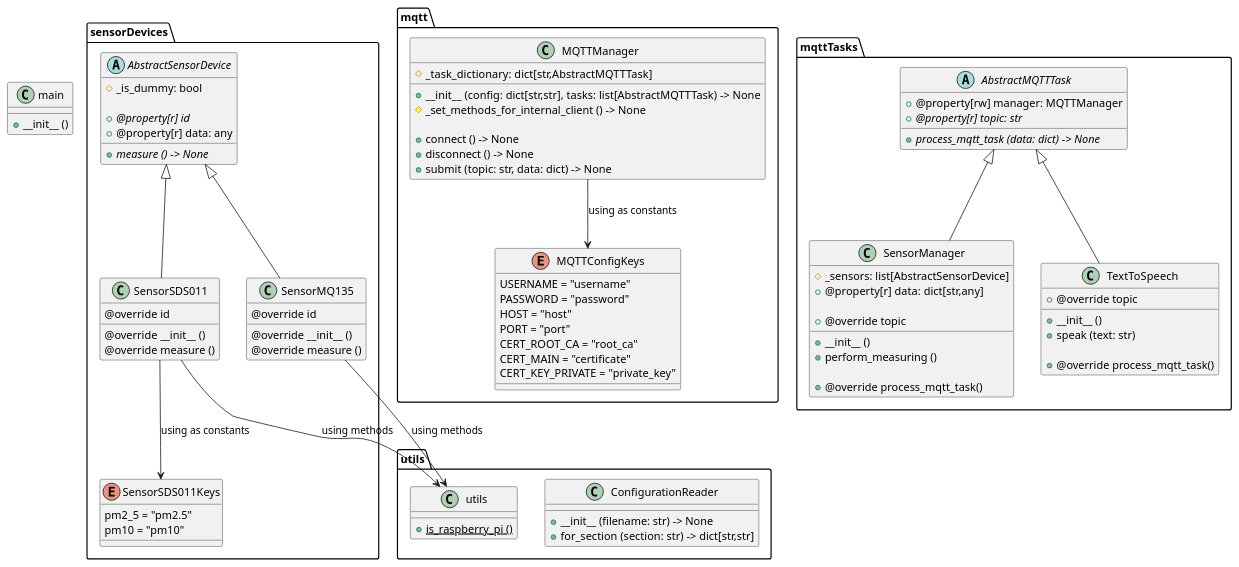
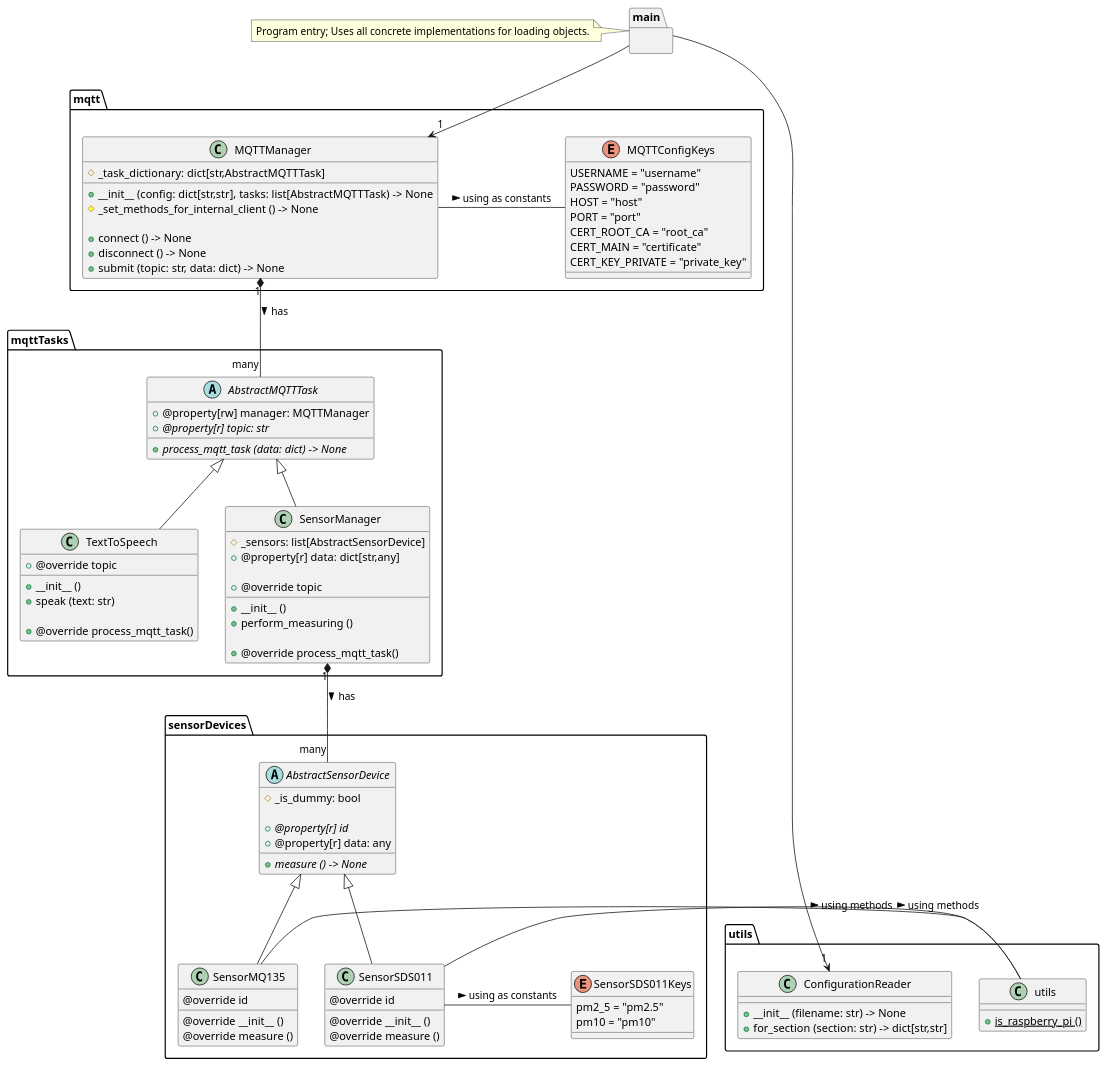
One commit to AirAlert-WR/IoT_controller changed the diagram in classes.puml. Above: the diagram before and after it, drawn with PlantUML. The commit also changed 1 other file, not shown here.

Commit message:
Finalizing UML

```diff
--- a/classes.puml
+++ b/classes.puml
@@ -1,111 +1,116 @@
 @startuml
 'https://plantuml.com/class-diagram
 
 
 package utils {
     class ConfigurationReader {
         + __init__ (filename: str) -> None
         + for_section (section: str) -> dict[str,str]
     }
 
     class utils {
         + {static} is_raspberry_pi ()
     }
 }
 
-package mqtt {
-    class MQTTManager {
-        # _task_dictionary: dict[str,AbstractMQTTTask]
+package sensorDevices {
+    abstract class AbstractSensorDevice {
+        # _is_dummy: bool
 
-        + __init__ (config: dict[str,str], tasks: list[AbstractMQTTTask) -> None
-        # _set_methods_for_internal_client () -> None
+        + @property[r] {abstract} id
+        + @property[r] data: any
 
-        + connect () -> None
-        + disconnect () -> None
-        + submit (topic: str, data: dict) -> None
+        + {abstract} measure () -> None
     }
 
-    enum MQTTConfigKeys {
-        USERNAME = "username"
-        PASSWORD = "password"
-        HOST = "host"
-        PORT = "port"
-        CERT_ROOT_CA = "root_ca"
-        CERT_MAIN = "certificate"
-        CERT_KEY_PRIVATE = "private_key"
+    class SensorMQ135 {
+        @override id
+
+        @override __init__ ()
+        @override measure ()
     }
-    MQTTManager --> MQTTConfigKeys: using as constants
+    AbstractSensorDevice <|-- SensorMQ135
+    SensorMQ135 - utils.utils: using methods >
+
+    class SensorSDS011 {
+        @override id
+
+        @override __init__ ()
+        @override measure ()
+    }
+    AbstractSensorDevice <|-- SensorSDS011
+    SensorSDS011 - utils.utils: using methods >
+
+    enum SensorSDS011Keys {
+        pm2_5 = "pm2.5"
+        pm10 = "pm10"
+    }
+    SensorSDS011 - SensorSDS011Keys: using as constants >
 }
 
 package mqttTasks {
     abstract class AbstractMQTTTask {
         + @property[rw] manager: MQTTManager
         + @property[r] {abstract} topic: str
 
         + {abstract} process_mqtt_task (data: dict) -> None
     }
 
     class TextToSpeech {
         + @override topic
 
         + __init__ ()
         + speak (text: str)
 
         + @override process_mqtt_task()
     }
     AbstractMQTTTask <|-- TextToSpeech
 
     class SensorManager {
         # _sensors: list[AbstractSensorDevice]
         + @property[r] data: dict[str,any]
 
         + @override topic
 
         + __init__ ()
         + perform_measuring ()
 
         + @override process_mqtt_task()
     }
     AbstractMQTTTask <|-- SensorManager
 }
+mqttTasks.SensorManager "1" *-- "many" sensorDevices.AbstractSensorDevice : has >
 
-package sensorDevices {
-    abstract class AbstractSensorDevice {
-        # _is_dummy: bool
+package mqtt {
+    class MQTTManager {
+        # _task_dictionary: dict[str,AbstractMQTTTask]
 
-        + @property[r] {abstract} id
-        + @property[r] data: any
+        + __init__ (config: dict[str,str], tasks: list[AbstractMQTTTask) -> None
+        # _set_methods_for_internal_client () -> None
 
-        + {abstract} measure () -> None
+        + connect () -> None
+        + disconnect () -> None
+        + submit (topic: str, data: dict) -> None
     }
 
-    class SensorMQ135 {
-        @override id
+    enum MQTTConfigKeys {
+        USERNAME = "username"
+        PASSWORD = "password"
+        HOST = "host"
+        PORT = "port"
+        CERT_ROOT_CA = "root_ca"
+        CERT_MAIN = "certificate"
+        CERT_KEY_PRIVATE = "private_key"
+    }
+    MQTTManager - MQTTConfigKeys: using as constants >
+}
+mqtt.MQTTManager "1" *-- "many" mqttTasks.AbstractMQTTTask : has >
 
-        @override __init__ ()
-        @override measure ()
-    }
-    AbstractSensorDevice <|-- SensorMQ135
-    SensorMQ135 --> utils.utils: using methods
+package main {
 
-    class SensorSDS011 {
-        @override id
-
-        @override __init__ ()
-        @override measure ()
-    }
-    AbstractSensorDevice <|-- SensorSDS011
-    SensorSDS011 --> utils.utils: using methods
-
-    enum SensorSDS011Keys {
-        pm2_5 = "pm2.5"
-        pm10 = "pm10"
-    }
-    SensorSDS011 --> SensorSDS011Keys: using as constants
 }
-
-class main {
-    + __init__ ()
-}
+note left of main: Program entry; Uses all concrete implementations for loading objects.
+main --> "1" utils.ConfigurationReader
+main --> "1" mqtt.MQTTManager
 
 @enduml
```
